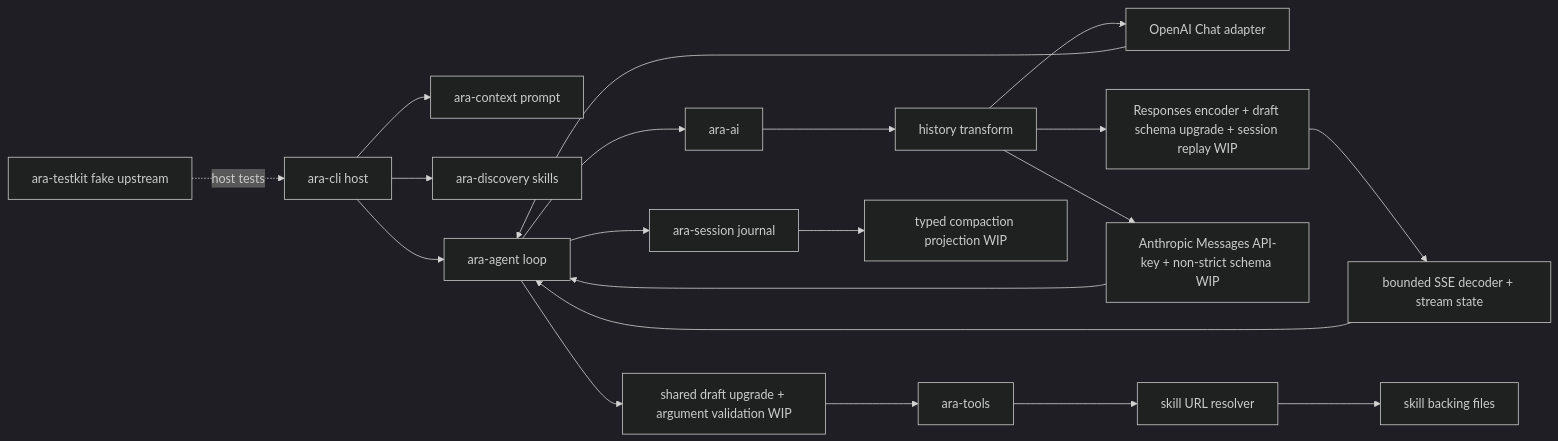
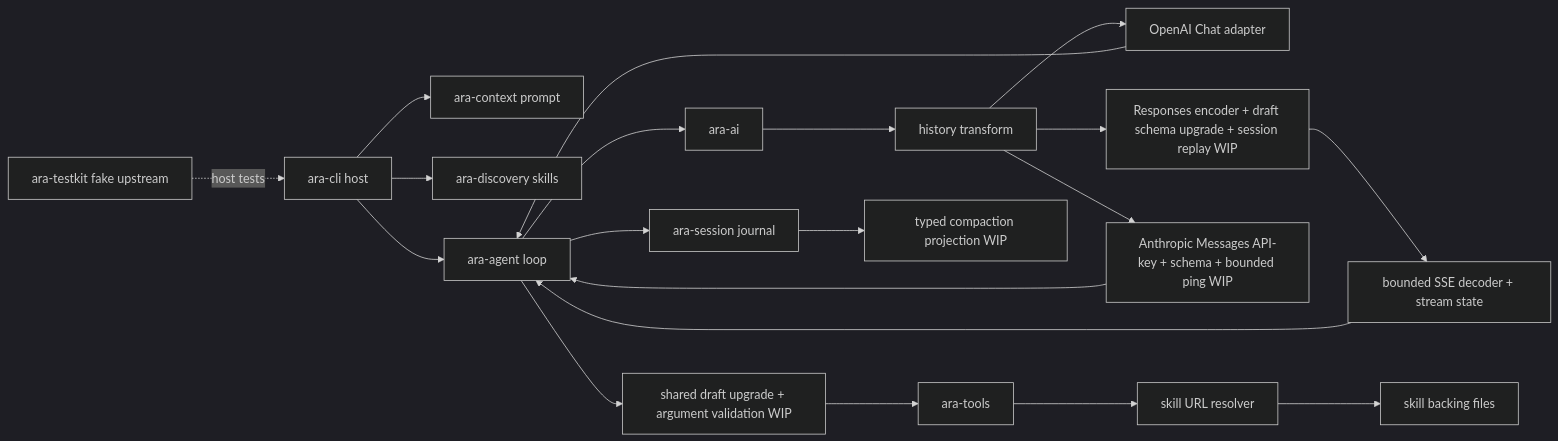
Before and after one commit to ZZray/ara: the diagram in docs/handoffs/2026-09-27.md, drawn with Mermaid (dark theme). The commit also changed other lines of this file and 2 other files, not shown here.

Commit message:
Document Anthropic ping keepalive WIP evidence

````diff
--- a/docs/handoffs/2026-09-27.md
+++ b/docs/handoffs/2026-09-27.md
@@ -114,22 +116,22 @@
 ```mermaid
 flowchart LR
     CLI[ara-cli host] --> CTX[ara-context prompt]
     CLI --> DISC[ara-discovery skills]
     CLI --> AGT[ara-agent loop]
     AGT --> AI[ara-ai]
     AI --> XFORM[history transform]
     XFORM --> PROVIDER[OpenAI Chat adapter]
     PROVIDER --> AGT
     XFORM --> RESP[Responses encoder + draft schema upgrade + session replay WIP]
-    XFORM --> ANTH[Anthropic Messages API-key + non-strict schema WIP]
+    XFORM --> ANTH[Anthropic Messages API-key + schema + bounded ping WIP]
     ANTH --> AGT
     RESP --> SSE[bounded SSE decoder + stream state]
     SSE --> AGT
     AGT --> VALID[shared draft upgrade + argument validation WIP]
     VALID --> TOOLS[ara-tools]
     TOOLS --> URL[skill URL resolver]
     URL --> FS[skill backing files]
     AGT --> SES[ara-session journal]
     SES --> PROJ[typed compaction projection WIP]
     TK[ara-testkit fake upstream] -. host tests .-> CLI
 ```
````
